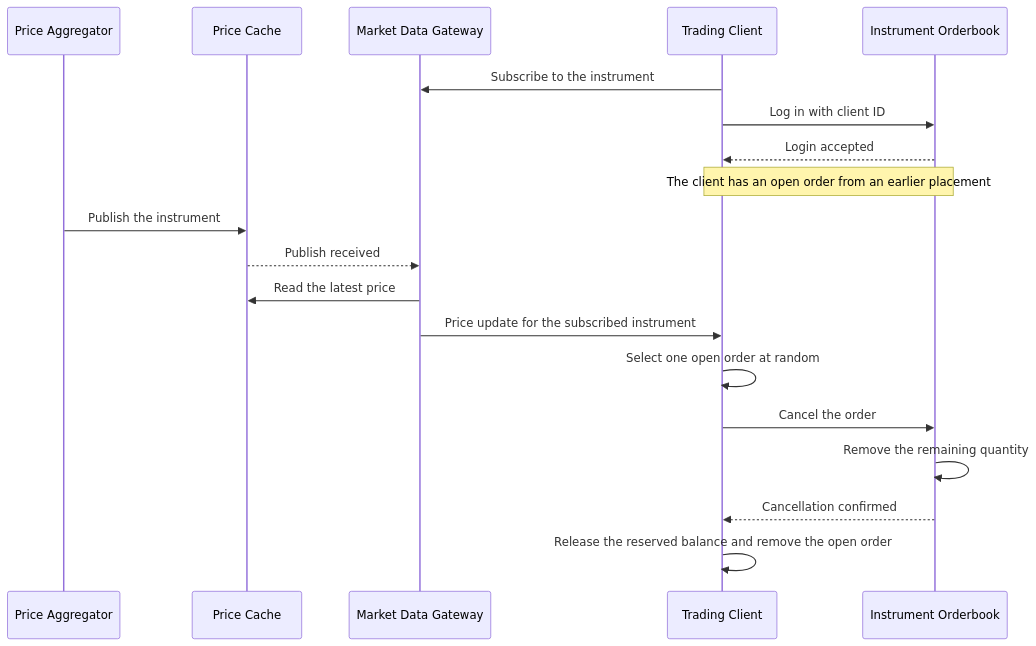
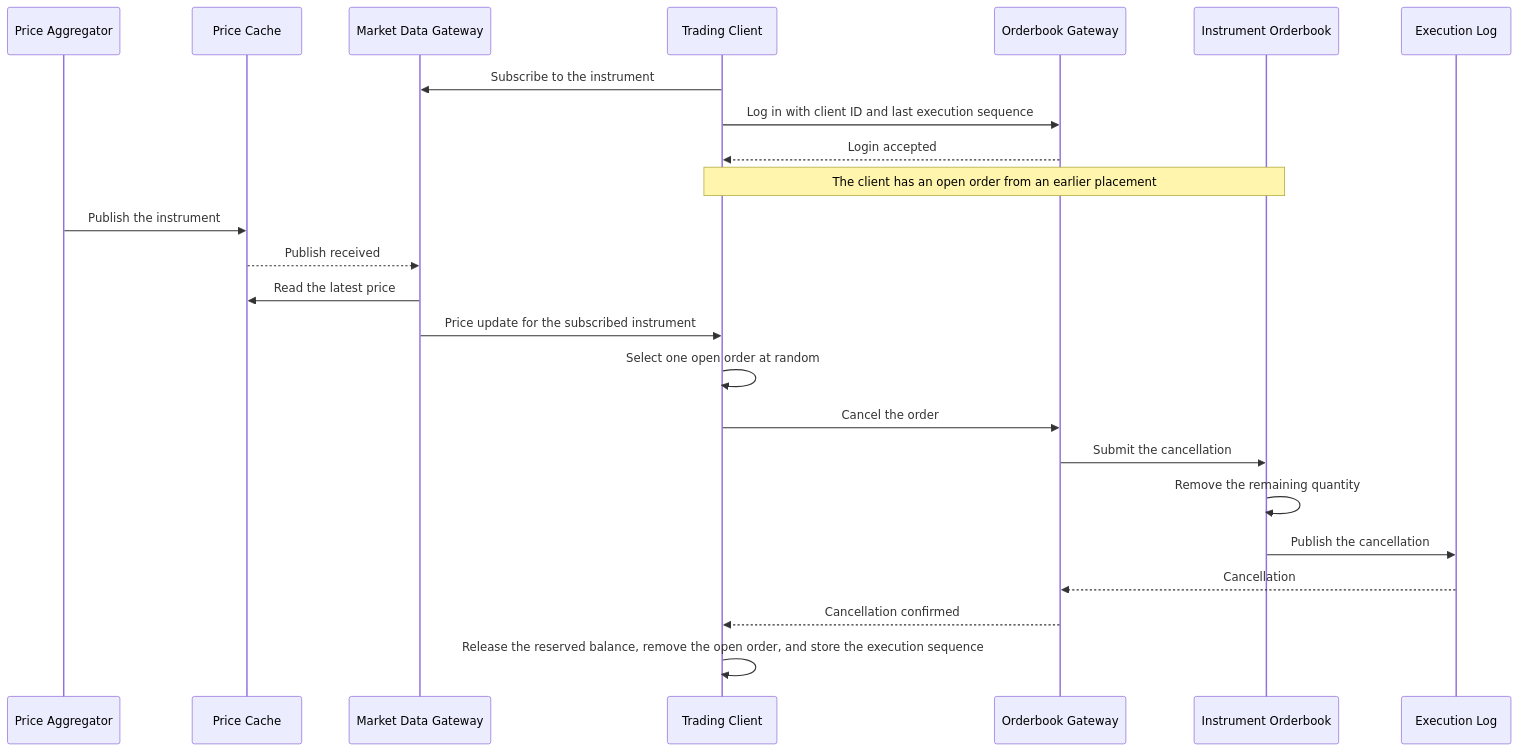
One commit to Braqzen/orderbook-trading changed the second of 3 diagrams in docs/sequence.md. Above: the diagram before and after it, drawn with Mermaid. The commit also changed other lines of this file and 80 other files, not shown here.

````diff
--- a/docs/sequence.md
+++ b/docs/sequence.md
@@ -44,22 +49,27 @@
 ```mermaid
 sequenceDiagram
     participant MarketData as Price Aggregator
     participant Cache as Price Cache
     participant Gateway as Market Data Gateway
     participant Client as Trading Client
+    participant OrderGateway as Orderbook Gateway
     participant Orderbook as Instrument Orderbook
+    participant Log as Execution Log
 
     Client->>Gateway: Subscribe to the instrument
-    Client->>Orderbook: Log in with client ID
-    Orderbook-->>Client: Login accepted
+    Client->>OrderGateway: Log in with client ID and last execution sequence
+    OrderGateway-->>Client: Login accepted
     Note over Client,Orderbook: The client has an open order from an earlier placement
     MarketData->>Cache: Publish the instrument
     Cache-->>Gateway: Publish received
     Gateway->>Cache: Read the latest price
     Gateway->>Client: Price update for the subscribed instrument
     Client->>Client: Select one open order at random
-    Client->>Orderbook: Cancel the order
+    Client->>OrderGateway: Cancel the order
+    OrderGateway->>Orderbook: Submit the cancellation
     Orderbook->>Orderbook: Remove the remaining quantity
-    Orderbook-->>Client: Cancellation confirmed
-    Client->>Client: Release the reserved balance and remove the open order
+    Orderbook->>Log: Publish the cancellation
+    Log-->>OrderGateway: Cancellation
+    OrderGateway-->>Client: Cancellation confirmed
+    Client->>Client: Release the reserved balance, remove the open order, and store the execution sequence
 ```
````
